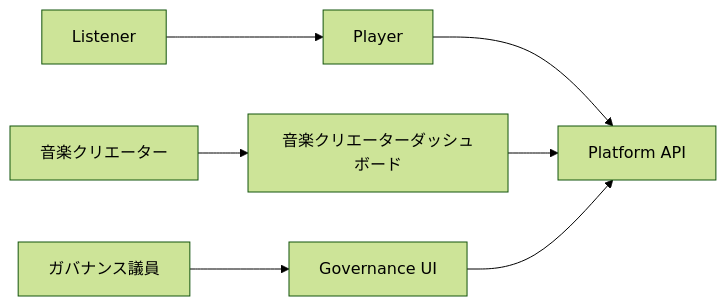
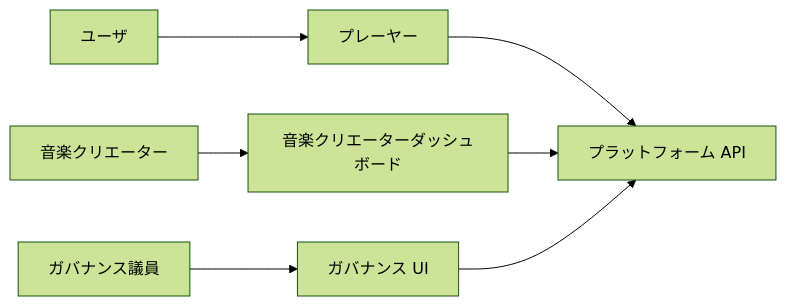
Before and after one commit to ShigeichiroYamasaki/creator-first-platform: the third of 43 diagrams in docs/whitepaper/09-technology.md, drawn with Mermaid (forest theme). The commit also changed other lines of this file and 72 other files, not shown here.

````diff
--- a/docs/whitepaper/09-technology.md
+++ b/docs/whitepaper/09-technology.md
@@ -122,14 +122,14 @@
 ```mermaid
 flowchart LR
-    USER[Listener]
+    USER[ユーザ]
     CREATOR[音楽クリエーター]
     MEMBER[ガバナンス議員]
 
-    USER --> PLAYER[Player]
+    USER --> PLAYER[プレーヤー]
     CREATOR --> DASH[音楽クリエーターダッシュボード]
-    MEMBER --> GOVUI[Governance UI]
+    MEMBER --> GOVUI[ガバナンス UI]
 
-    PLAYER --> API[Platform API]
+    PLAYER --> API[プラットフォーム API]
     DASH --> API
     GOVUI --> API
 ```
````
